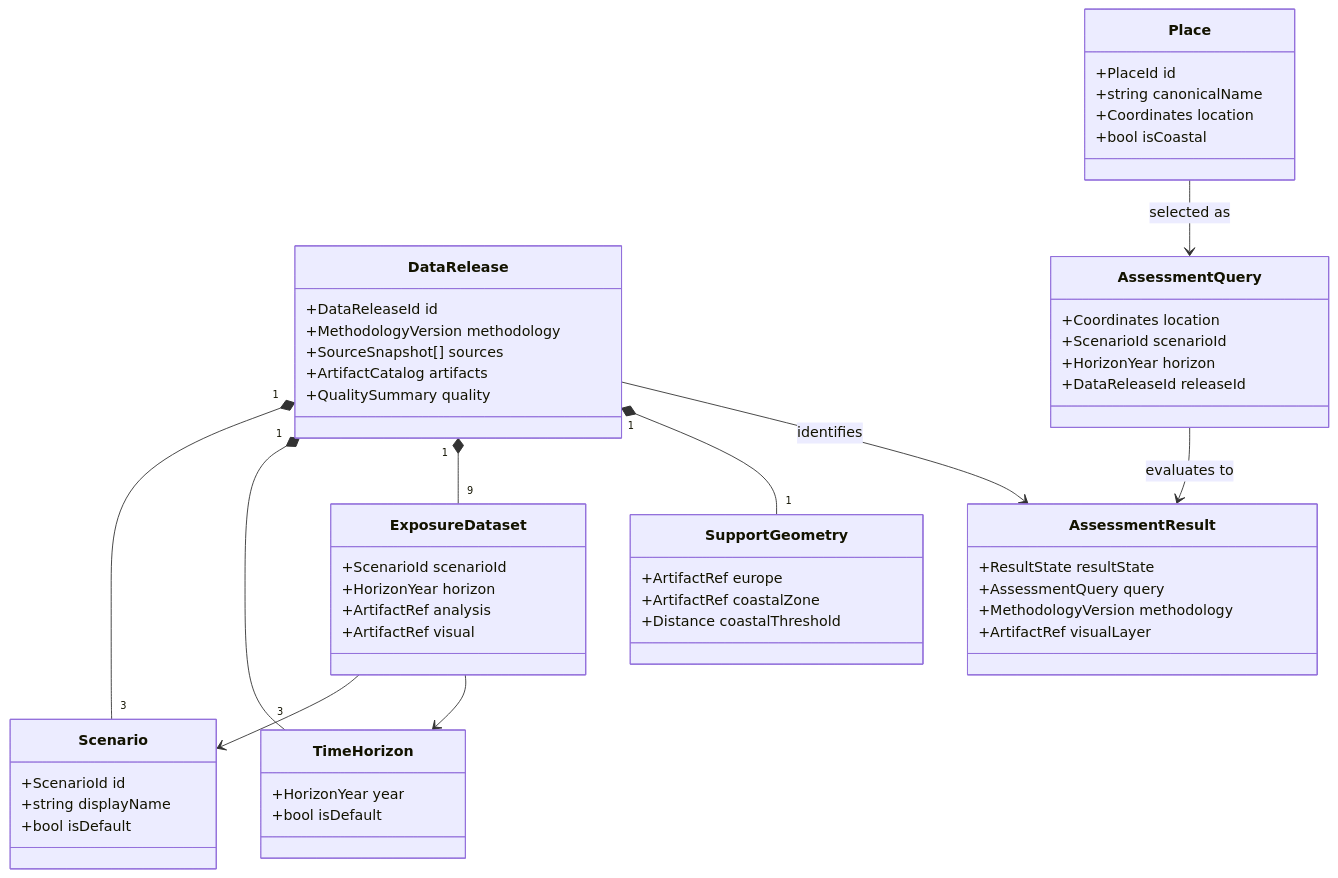
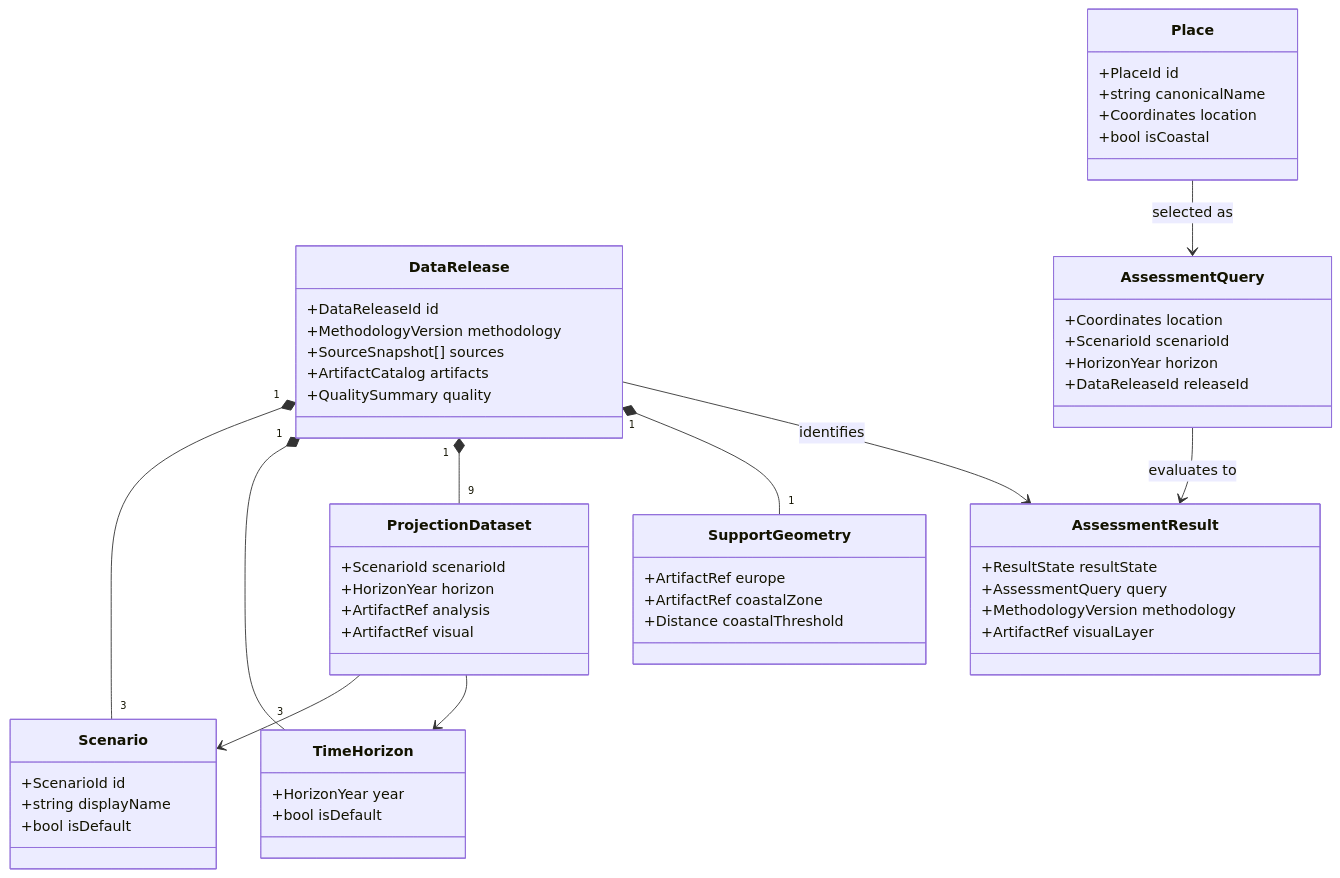
The first of 2 diagrams in docs/architecture/13-domain-model.md (artemsemdev/SeaRise-Europe), drawn with Mermaid before and after one commit. The commit also changed other lines of this file and 2 other files, not shown here.

Commit message:
docs(architecture): adopt projection domain contract

````diff
--- a/docs/architecture/13-domain-model.md
+++ b/docs/architecture/13-domain-model.md
@@ -28,58 +30,58 @@
 ```mermaid
 classDiagram
     class DataRelease {
         +DataReleaseId id
         +MethodologyVersion methodology
         +SourceSnapshot[] sources
         +ArtifactCatalog artifacts
         +QualitySummary quality
     }
     class Scenario {
         +ScenarioId id
         +string displayName
         +bool isDefault
     }
     class TimeHorizon {
         +HorizonYear year
         +bool isDefault
     }
-    class ExposureDataset {
+    class ProjectionDataset {
         +ScenarioId scenarioId
         +HorizonYear horizon
         +ArtifactRef analysis
         +ArtifactRef visual
     }
     class SupportGeometry {
         +ArtifactRef europe
         +ArtifactRef coastalZone
         +Distance coastalThreshold
     }
     class Place {
         +PlaceId id
         +string canonicalName
         +Coordinates location
         +bool isCoastal
     }
     class AssessmentQuery {
         +Coordinates location
         +ScenarioId scenarioId
         +HorizonYear horizon
         +DataReleaseId releaseId
     }
     class AssessmentResult {
         +ResultState resultState
         +AssessmentQuery query
         +MethodologyVersion methodology
         +ArtifactRef visualLayer
     }
 
     DataRelease "1" *-- "3" Scenario
     DataRelease "1" *-- "3" TimeHorizon
-    DataRelease "1" *-- "9" ExposureDataset
+    DataRelease "1" *-- "9" ProjectionDataset
     DataRelease "1" *-- "1" SupportGeometry
-    ExposureDataset --> Scenario
-    ExposureDataset --> TimeHorizon
+    ProjectionDataset --> Scenario
+    ProjectionDataset --> TimeHorizon
     Place --> AssessmentQuery : selected as
     AssessmentQuery --> AssessmentResult : evaluates to
     DataRelease --> AssessmentResult : identifies
 ```
````
